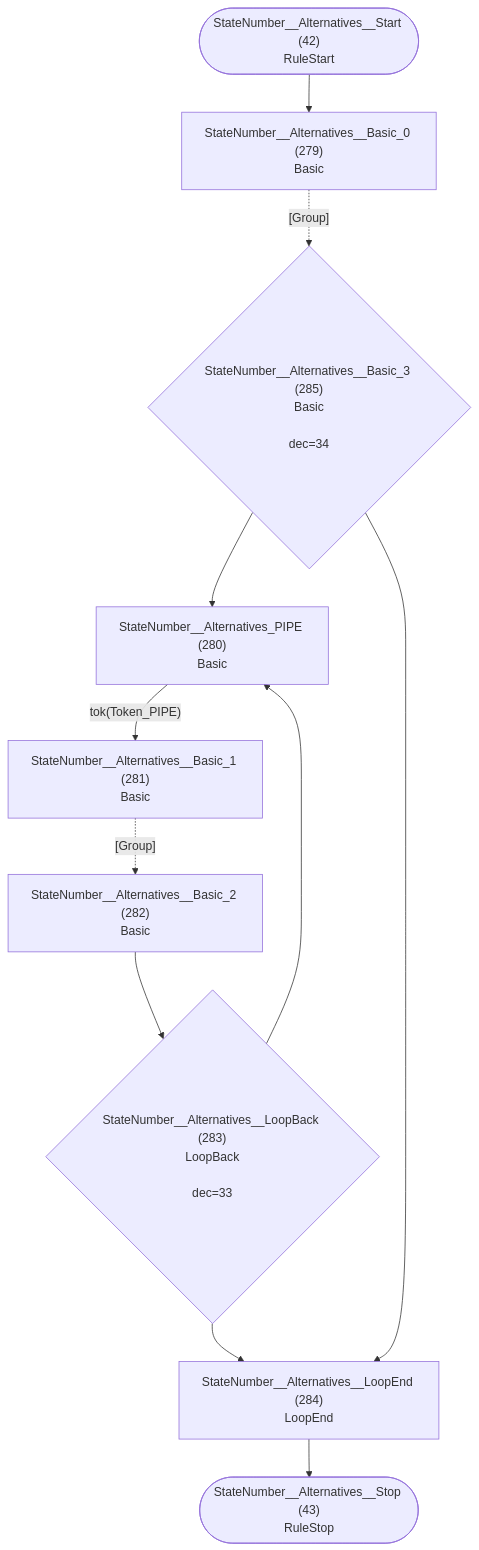
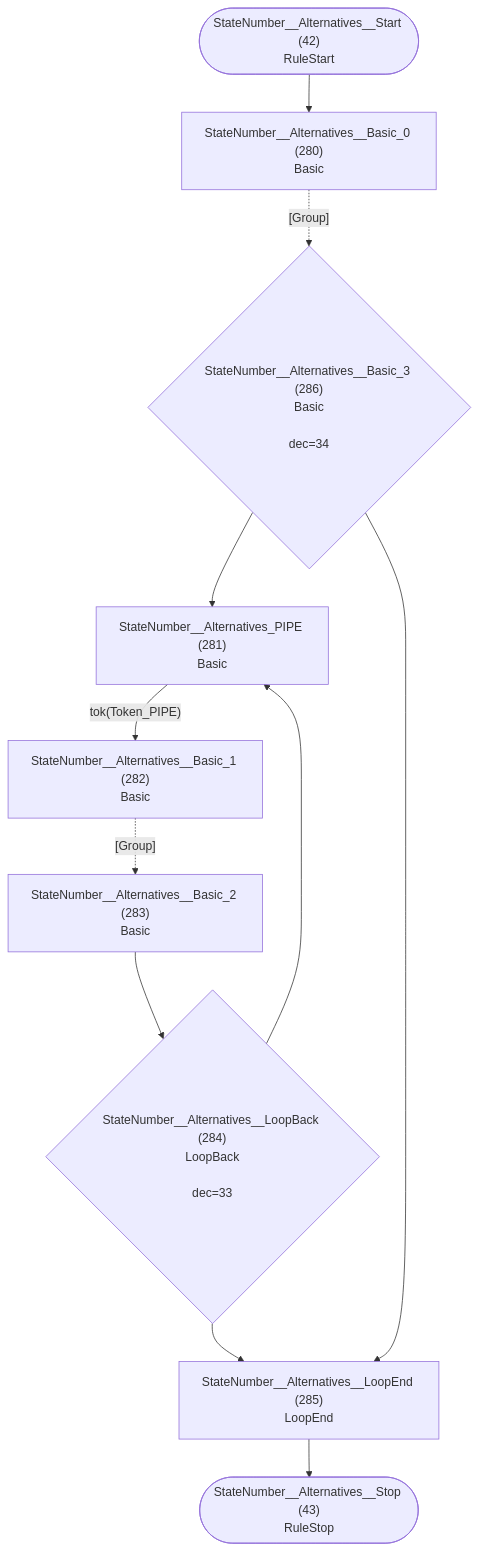
Before and after one commit to TypeFox/fastbelt: diagram 22 of 36 in internal/grammar/atn.md, drawn with Mermaid. The commit also changed other lines of this file and 9 other files, not shown here.

````diff
--- a/internal/grammar/atn.md
+++ b/internal/grammar/atn.md
@@ -673,23 +675,23 @@
 ```mermaid
 flowchart TD
     q42(["StateNumber__Alternatives__Start (42)<br/>RuleStart"])
     q43(["StateNumber__Alternatives__Stop (43)<br/>RuleStop"])
-    q279["StateNumber__Alternatives__Basic_0 (279)<br/>Basic<br/>"]
-    q280["StateNumber__Alternatives_PIPE (280)<br/>Basic<br/>"]
-    q281["StateNumber__Alternatives__Basic_1 (281)<br/>Basic<br/>"]
-    q282["StateNumber__Alternatives__Basic_2 (282)<br/>Basic<br/>"]
-    q283{"StateNumber__Alternatives__LoopBack (283)<br/>LoopBack<br/><br/>dec=33"}
-    q284["StateNumber__Alternatives__LoopEnd (284)<br/>LoopEnd<br/>"]
-    q285{"StateNumber__Alternatives__Basic_3 (285)<br/>Basic<br/><br/>dec=34"}
+    q280["StateNumber__Alternatives__Basic_0 (280)<br/>Basic<br/>"]
+    q281["StateNumber__Alternatives_PIPE (281)<br/>Basic<br/>"]
+    q282["StateNumber__Alternatives__Basic_1 (282)<br/>Basic<br/>"]
+    q283["StateNumber__Alternatives__Basic_2 (283)<br/>Basic<br/>"]
+    q284{"StateNumber__Alternatives__LoopBack (284)<br/>LoopBack<br/><br/>dec=33"}
+    q285["StateNumber__Alternatives__LoopEnd (285)<br/>LoopEnd<br/>"]
+    q286{"StateNumber__Alternatives__Basic_3 (286)<br/>Basic<br/><br/>dec=34"}
 
-    q42 --> q279
-    q279 -.->|"[Group]"| q285
-    q280 -->|"tok(Token_PIPE)"| q281
-    q281 -.->|"[Group]"| q282
-    q282 --> q283
-    q283 --> q280
+    q42 --> q280
+    q280 -.->|"[Group]"| q286
+    q281 -->|"tok(Token_PIPE)"| q282
+    q282 -.->|"[Group]"| q283
     q283 --> q284
-    q284 --> q43
-    q285 --> q280
-    q285 --> q284
+    q284 --> q281
+    q284 --> q285
+    q285 --> q43
+    q286 --> q281
+    q286 --> q285
 ```
````
